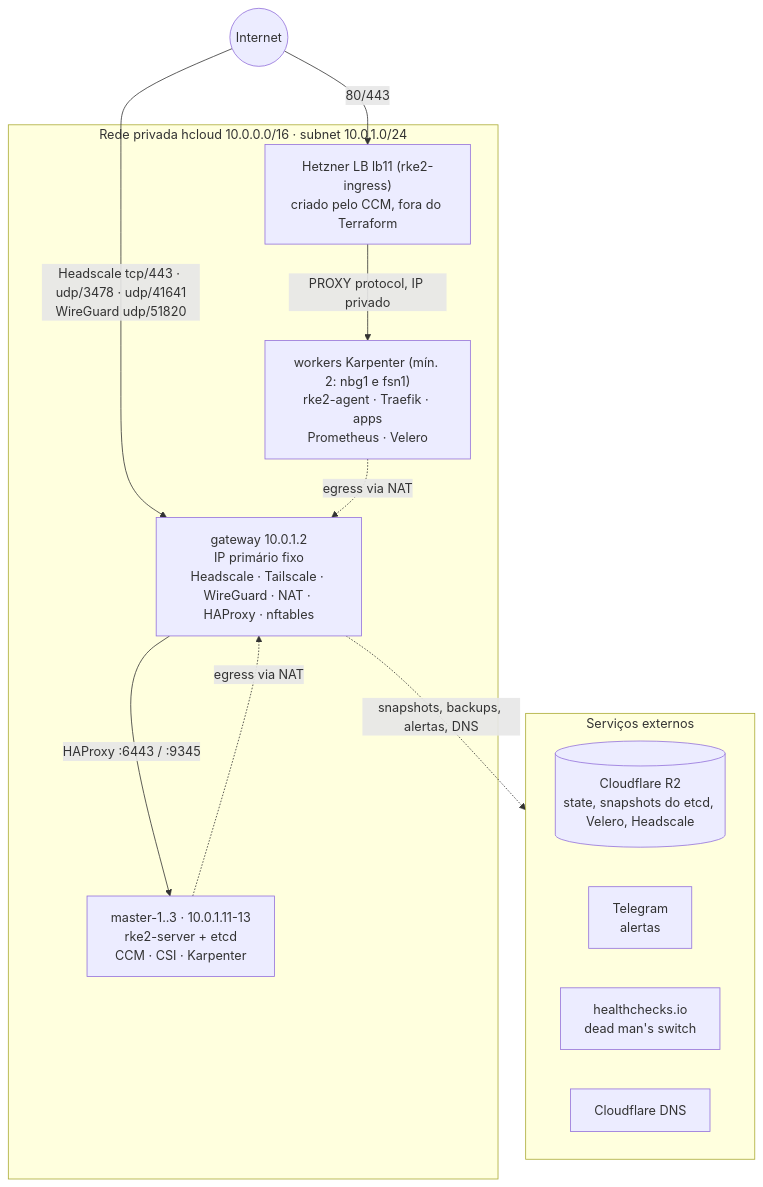
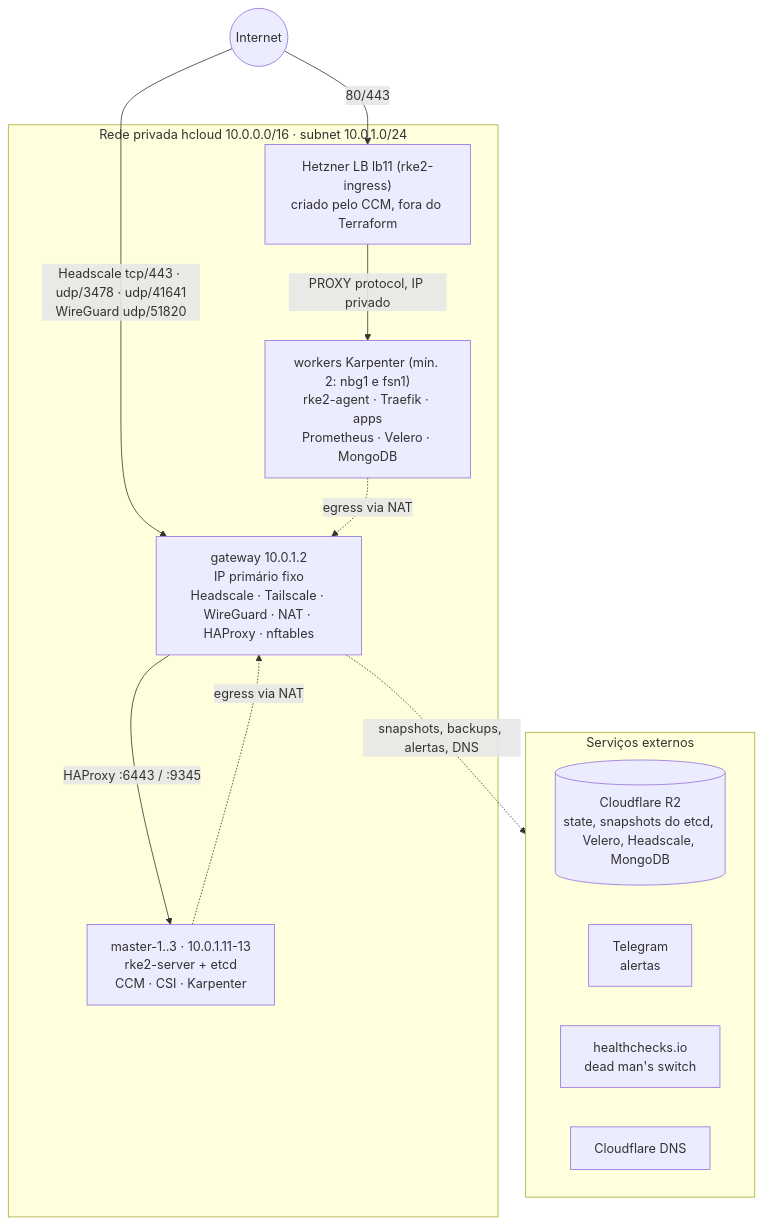
The first of 6 diagrams in docs/architecture.md (reginaldosousa/hetzner-rke2-terraform), drawn with Mermaid before and after one commit. The commit also changed 6 other files, not shown here.

````diff
--- a/docs/architecture.md
+++ b/docs/architecture.md
@@ -5,23 +5,23 @@
 ```mermaid
 flowchart TB
     internet((Internet))
     subgraph external["Serviços externos"]
-        r2[("Cloudflare R2<br/>state, snapshots do etcd, Velero, Headscale")]
+        r2[("Cloudflare R2<br/>state, snapshots do etcd, Velero, Headscale, MongoDB")]
         tg["Telegram<br/>alertas"]
         hc["healthchecks.io<br/>dead man's switch"]
         cf["Cloudflare DNS"]
     end
     internet -- "Headscale tcp/443 · udp/3478 · udp/41641<br/>WireGuard udp/51820" --> gw
     internet -- "80/443" --> lb
     subgraph hcloud["Rede privada hcloud 10.0.0.0/16 · subnet 10.0.1.0/24"]
         gw["gateway 10.0.1.2<br/>IP primário fixo<br/>Headscale · Tailscale · WireGuard · NAT · HAProxy · nftables"]
         lb["Hetzner LB lb11 (rke2-ingress)<br/>criado pelo CCM, fora do Terraform"]
         masters["master-1..3 · 10.0.1.11-13<br/>rke2-server + etcd<br/>CCM · CSI · Karpenter"]
-        workers["workers Karpenter (mín. 2: nbg1 e fsn1)<br/>rke2-agent · Traefik · apps<br/>Prometheus · Velero"]
+        workers["workers Karpenter (mín. 2: nbg1 e fsn1)<br/>rke2-agent · Traefik · apps<br/>Prometheus · Velero · MongoDB"]
     end
     gw -- "HAProxy :6443 / :9345" --> masters
     lb -- "PROXY protocol, IP privado" --> workers
     masters -. "egress via NAT" .-> gw
     workers -. "egress via NAT" .-> gw
     gw -. "snapshots, backups, alertas, DNS" .-> external
 ```
````
